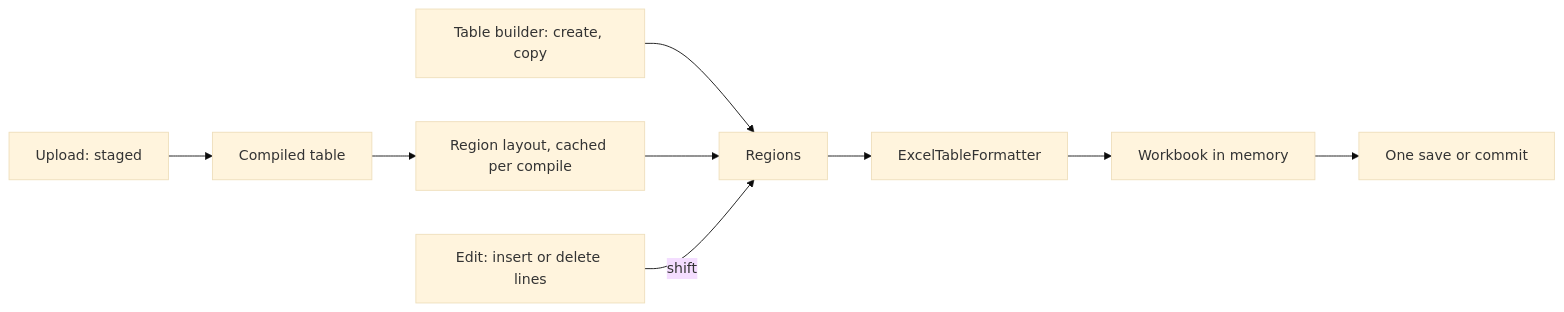
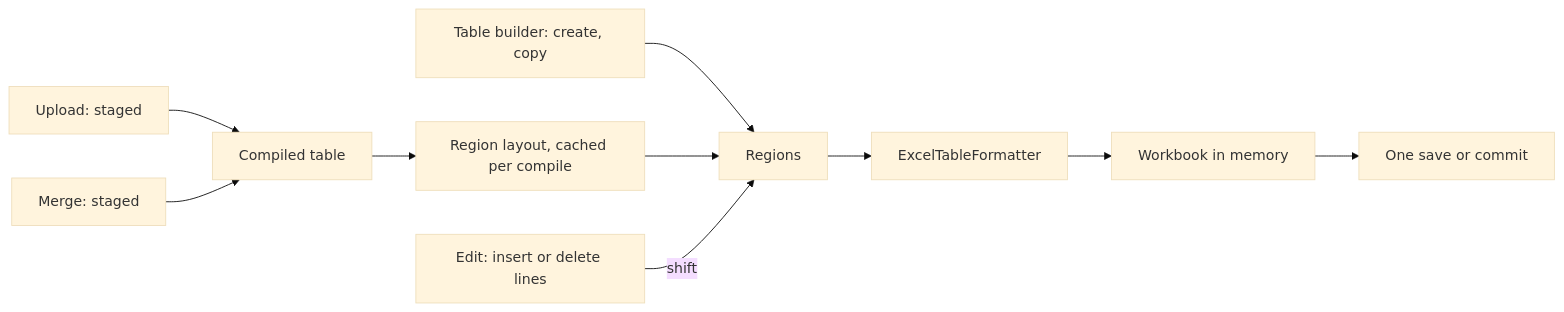
One commit to openl-tablets/openl-tablets changed the second of 4 diagrams in Docs/architecture/table-formatting.md. Above: the diagram before and after it, drawn with Mermaid (base theme). The commit also changed other lines of this file and 32 other files, not shown here.

````diff
--- a/Docs/architecture/table-formatting.md
+++ b/Docs/architecture/table-formatting.md
@@ -520,11 +520,12 @@
 ```mermaid
 flowchart LR
     C[Compiled table] --> L[Region layout, cached per compile]
     N[Table builder: create, copy] --> R[Regions]
     L --> R
     E[Edit: insert or delete lines] -->|shift| R
     Up[Upload: staged] --> C
+    Mg[Merge: staged] --> C
     R --> F[ExcelTableFormatter]
     F --> W[Workbook in memory]
     W --> S[One save or commit]
 ```
````
